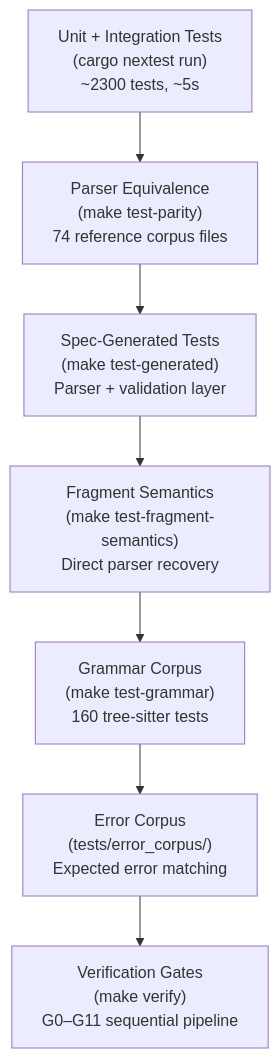
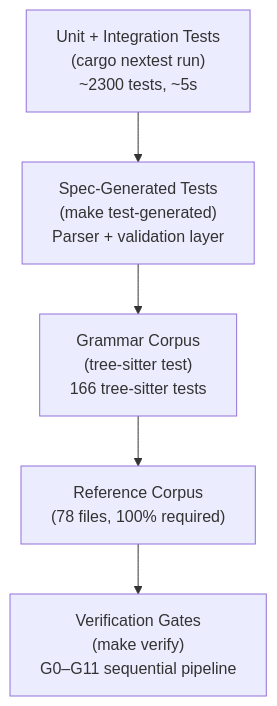
One commit to TalkBank/talkbank-tools changed the second of 3 diagrams in book/src/contributing/testing.md. Above: the diagram before and after it, drawn with Mermaid. The commit also changed other lines of this file and 417 other files, not shown here.

First line of the commit message:
refactor!: TreeSitterParser API, retrace model, grammar fixes, lint investigation

````diff
--- a/book/src/contributing/testing.md
+++ b/book/src/contributing/testing.md
@@ -7,12 +50,10 @@
 ```mermaid
 flowchart TD
     unit["Unit + Integration Tests\n(cargo nextest run)\n~2300 tests, ~5s"]
-    parity["Parser Equivalence\n(make test-parity)\n74 reference corpus files"]
     specgen["Spec-Generated Tests\n(make test-generated)\nParser + validation layer"]
-    fragment["Fragment Semantics\n(make test-fragment-semantics)\nDirect parser recovery"]
-    grammar["Grammar Corpus\n(make test-grammar)\n160 tree-sitter tests"]
-    error["Error Corpus\n(tests/error_corpus/)\nExpected error matching"]
+    grammar["Grammar Corpus\n(tree-sitter test)\n166 tree-sitter tests"]
+    ref["Reference Corpus\n(78 files, 100% required)"]
     gates["Verification Gates\n(make verify)\nG0–G11 sequential pipeline"]
 
-    unit --> parity --> specgen --> fragment --> grammar --> error --> gates
+    unit --> specgen --> grammar --> ref --> gates
 ```
````
